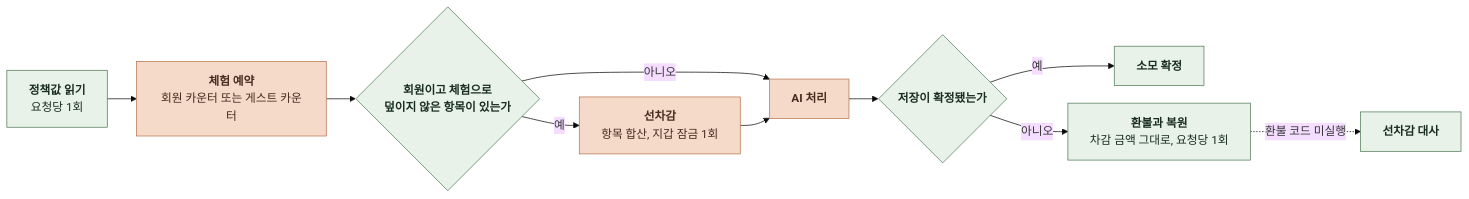
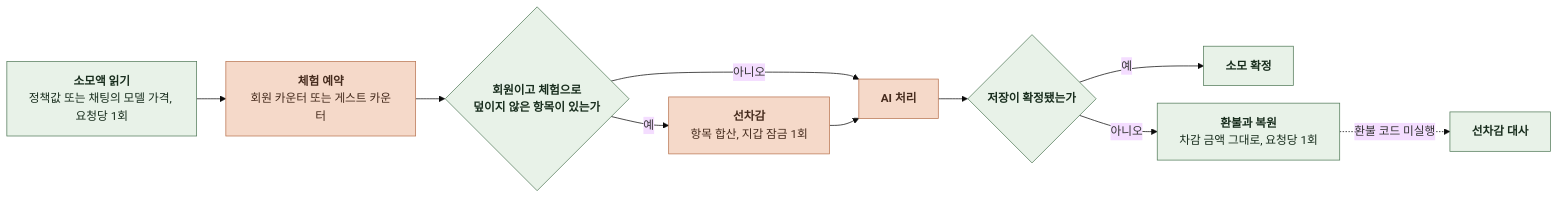
One commit to KIM-N-KANG/knk-harness changed the fourth of 14 diagrams in docs/domain/PAYMENT/BACKEND/4-1-PIPELINES.md. Above: the diagram before and after it, drawn with Mermaid (base theme). The commit also changed other lines of this file and 27 other files, not shown here.

````diff
--- a/docs/domain/PAYMENT/BACKEND/4-1-PIPELINES.md
+++ b/docs/domain/PAYMENT/BACKEND/4-1-PIPELINES.md
@@ -132,22 +132,22 @@
 ```mermaid
 %%{init: {"flowchart": {"curve": "basis", "nodeSpacing": 24, "rankSpacing": 40}}}%%
 flowchart LR
-    A["`**정책값 읽기**
-요청당 1회`"] --> B["`**체험 예약**
+    A["`**소모액 읽기**
+정책값 또는 채팅의 모델 가격, 요청당 1회`"] --> B["`**체험 예약**
 회원 카운터 또는 게스트 카운터`"]
     B --> C{"`**회원이고 체험으로
 덮이지 않은 항목이 있는가**`"}
     C -->|예| D["`**선차감**
 항목 합산, 지갑 잠금 1회`"]
     C -->|아니오| E["`**AI 처리**`"]
     D --> E
     E --> F{"`**저장이 확정됐는가**`"}
     F -->|예| G["`**소모 확정**`"]
     F -->|아니오| H["`**환불과 복원**
 차감 금액 그대로, 요청당 1회`"]
     H -.->|환불 코드 미실행| I["`**선차감 대사**`"]
     classDef comp fill:#E8F2E8,stroke:#527A59,color:#182D1D
     classDef task fill:#F5D9C9,stroke:#B97450,color:#452B1D
     class A,C,F,G,H,I comp
     class B,D,E task
 ```
````
